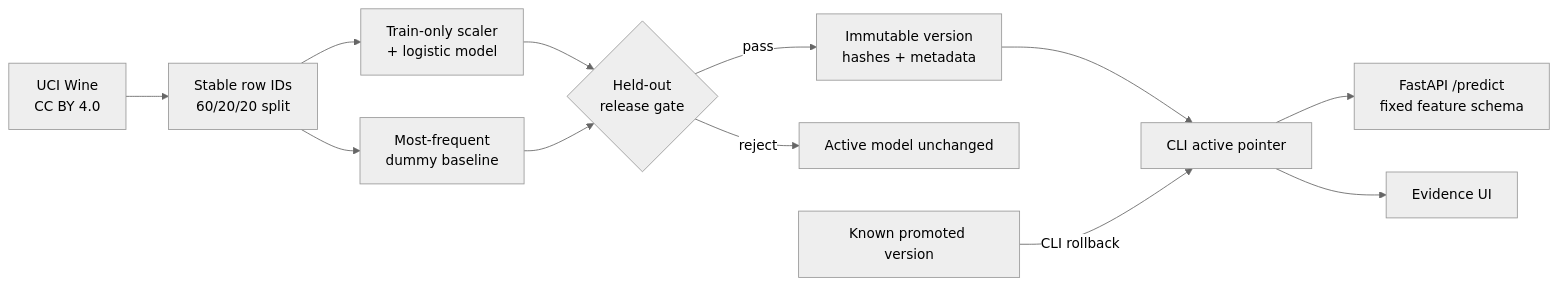
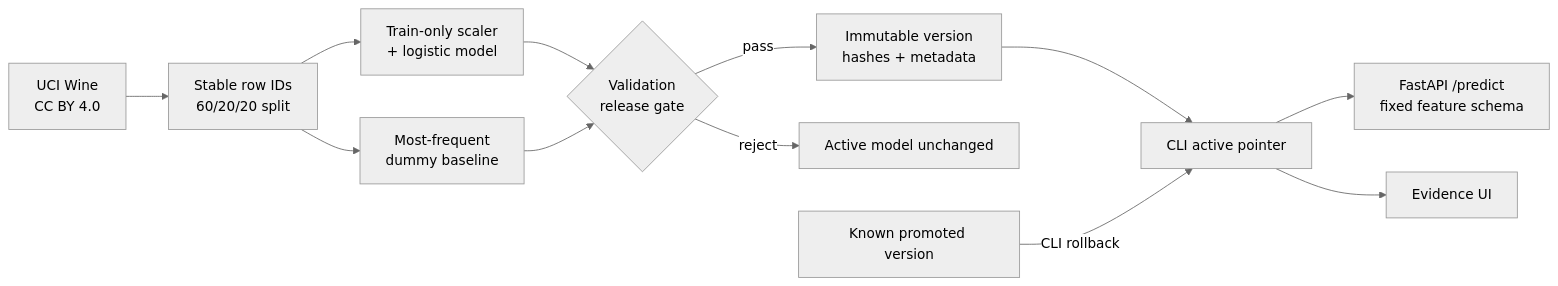
Before and after one commit to RoshanDewmina/model-lifecycle-service: the diagram in README.md, drawn with Mermaid (neutral theme). The commit also changed other lines of this file and 15 other files, not shown here.

````diff
--- a/README.md
+++ b/README.md
@@ -11,14 +11,14 @@
 ```mermaid
 flowchart LR
     D[UCI Wine\nCC BY 4.0] --> S[Stable row IDs\n60/20/20 split]
     S --> T[Train-only scaler\n+ logistic model]
     S --> B[Most-frequent\ndummy baseline]
-    T --> G{Held-out\nrelease gate}
+    T --> G{Validation\nrelease gate}
     B --> G
     G -->|pass| R[Immutable version\nhashes + metadata]
     G -->|reject| X[Active model unchanged]
     R --> A[CLI active pointer]
     A --> P[FastAPI /predict\nfixed feature schema]
     A --> U[Evidence UI]
     K[Known promoted version] -->|CLI rollback| A
 ```
````
